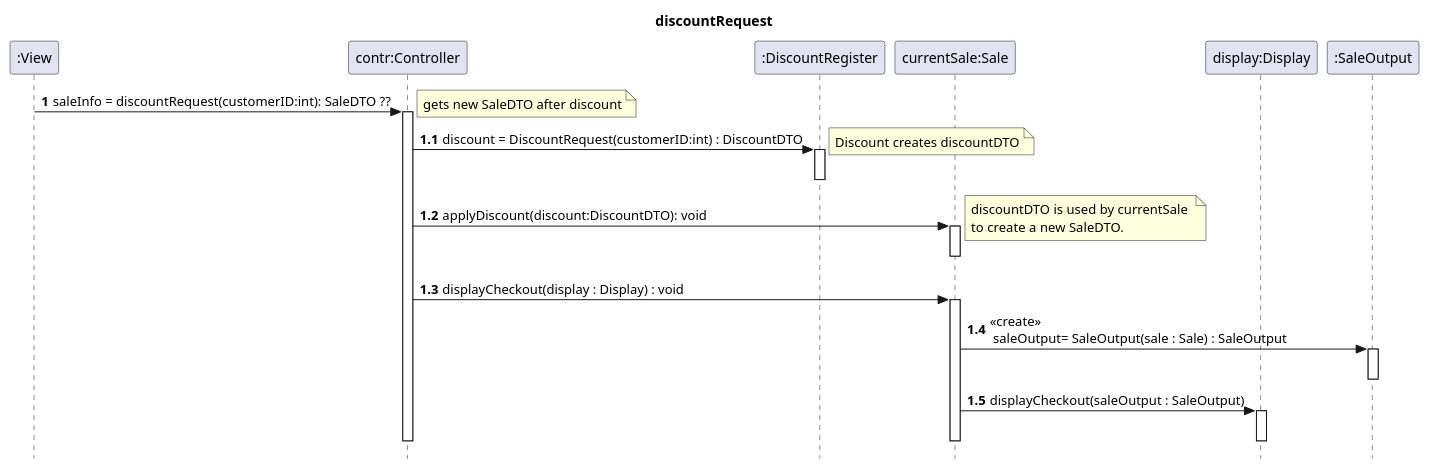
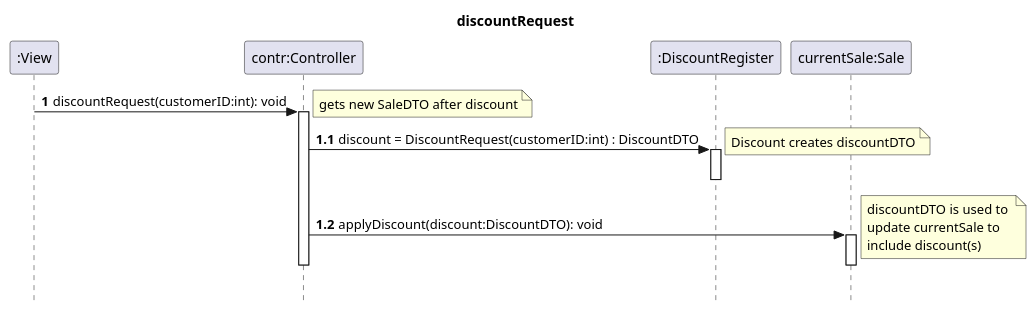
The seventh of 8 diagrams in uml/uml_v3.puml (blomquiste/kth-iv1350-POS), drawn with PlantUML before and after one commit. The commit also changed other lines of this file and 7 other files, not shown here.

First line of the commit message:
SaleInfo and DTO, Discount and UML (#21)

```diff
--- a/uml/uml_v3.puml
+++ b/uml/uml_v3.puml
@@ -498,40 +540,29 @@
 @startuml
 skinparam style strictuml
 title discountRequest
 
 participant ":View" as View
 participant "contr:Controller" as contr
 participant ":DiscountRegister" as DiscountRegister
 participant "currentSale:Sale" as currentSale
-participant "display:Display" as display
-participant ":SaleOutput" as SaleOutput
 
 autonumber 1
-View -> contr : saleInfo = discountRequest(customerID:int): SaleDTO ??
+View -> contr : discountRequest(customerID:int): void
 activate contr
 note right : gets new SaleDTO after discount
 autonumber 1.1
 'create DiscountRegister
 contr -> DiscountRegister : discount = DiscountRequest(customerID:int) : DiscountDTO
 activate DiscountRegister
 deactivate DiscountRegister
 note right: Discount creates discountDTO
 autonumber 1.2
 contr -> currentSale : applyDiscount(discount:DiscountDTO): void
 activate currentSale
 deactivate currentSale
-note right: discountDTO is used by currentSale \nto create a new SaleDTO.
-        autonumber 1.3
-        contr -> currentSale : displayCheckout(display : Display) : void
-        activate currentSale
-        currentSale -> SaleOutput : <<create>> \n saleOutput= SaleOutput(sale : Sale) : SaleOutput
-        activate SaleOutput
-        deactivate SaleOutput
-        currentSale -> display : displayCheckout(saleOutput : SaleOutput)
-        activate display
-        deactivate display
-        deactivate currentSale
+note right: discountDTO is used to \nupdate currentSale to \ninclude discount(s)
+
 deactivate contr
 
 autonumber stop
 @enduml
```
